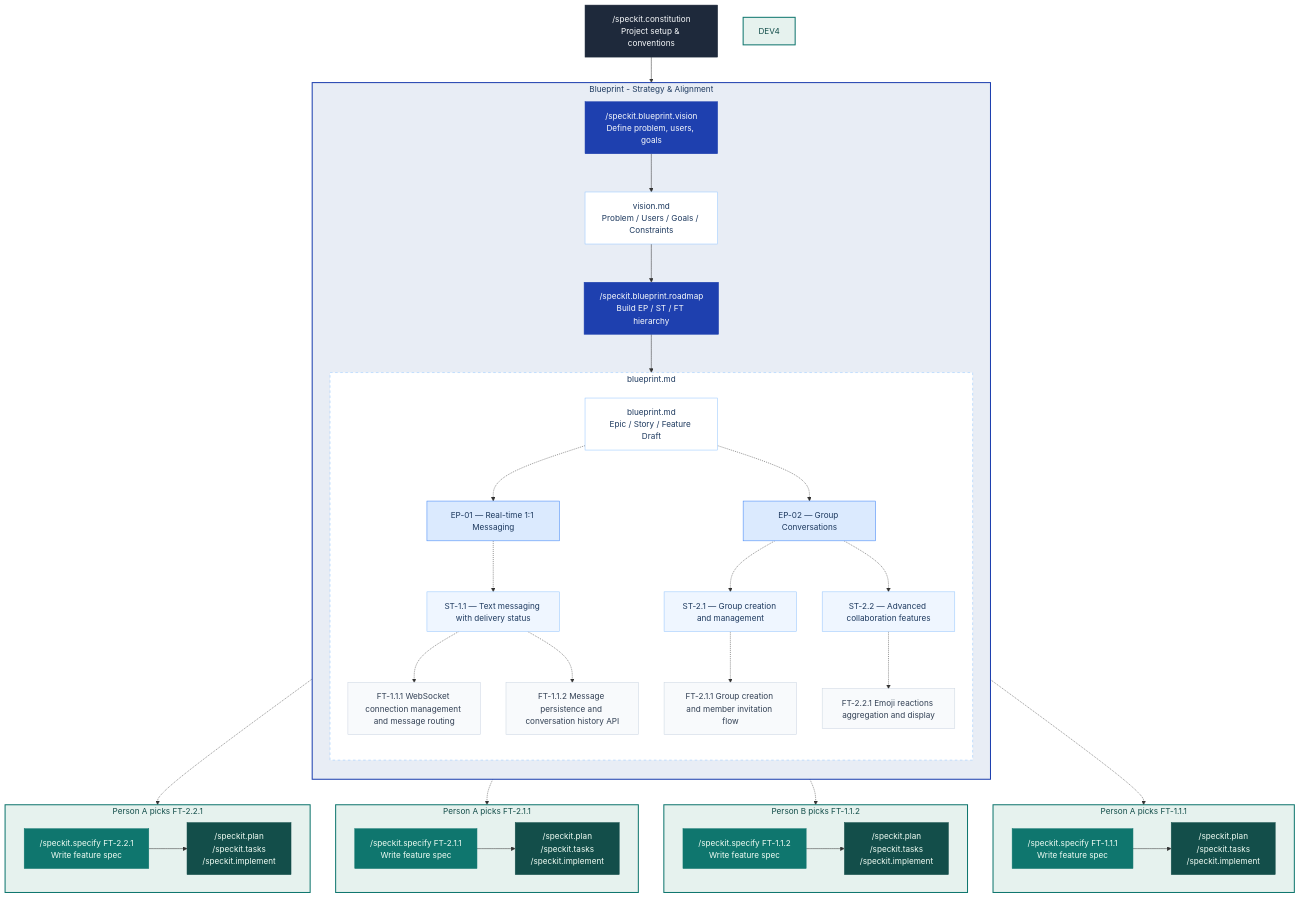
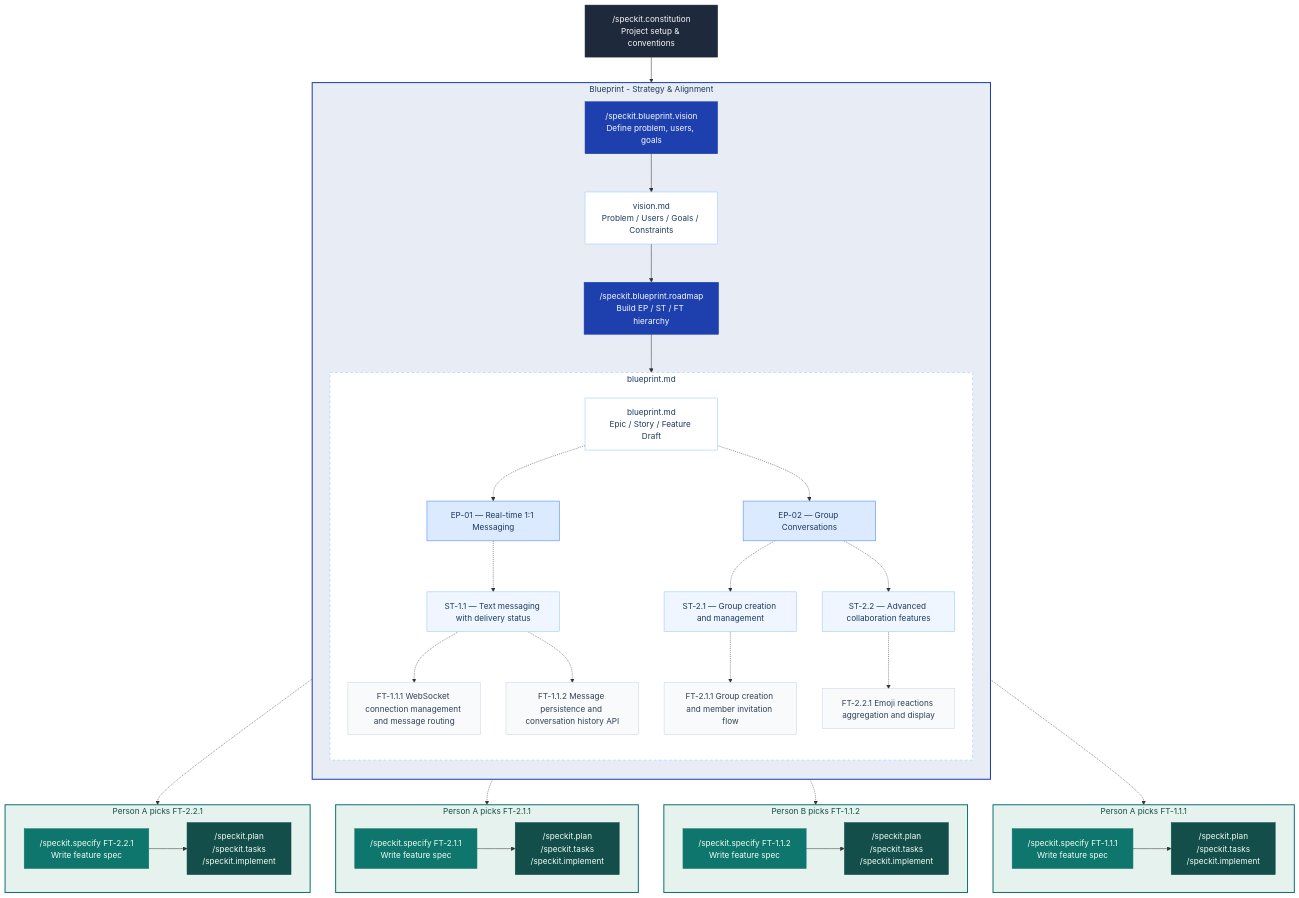
Before and after one commit to jaeryun/spec-kit-blueprint: the diagram in README.md, drawn with Mermaid.

Commit message:
docs: remove unused DEV4 style definition

````diff
--- a/README.md
+++ b/README.md
@@ -22,80 +22,79 @@
 ```mermaid
 flowchart TD
     A["/speckit.constitution<br/>Project setup & conventions"] --> B["/speckit.blueprint.vision<br/>Define problem, users, goals"]
 
     subgraph BP ["Blueprint - Strategy & Alignment"]
         direction TB
         B --> V["vision.md<br/>Problem / Users / Goals / Constraints"]
         V --> C["/speckit.blueprint.roadmap<br/>Build EP / ST / FT hierarchy"]
         C --> R["blueprint.md<br/>Epic / Story / Feature Draft"]
 
         subgraph HIER ["blueprint.md"]
             direction TB
             R -.-> EP1["EP-01 — Real-time 1:1 Messaging"]
             EP1 -.-> ST1["ST-1.1 — Text messaging with delivery status"]
             ST1 -.-> FT_1_1_1["FT-1.1.1 WebSocket connection management and message routing"]
             ST1 -.-> FT_1_1_2["FT-1.1.2 Message persistence and conversation history API"]
 
             R -.-> EP2["EP-02 — Group Conversations"]
             EP2 -.-> ST2["ST-2.1 — Group creation and management"]
             ST2 -.-> FT_2_1_1["FT-2.1.1 Group creation and member invitation flow"]
             EP2 -.-> ST3["ST-2.2 — Advanced collaboration features"]
             ST3 -.-> FT_2_2_1["FT-2.2.1 Emoji reactions aggregation and display"]
         end
     end
 
     subgraph DEV1 ["Person A picks FT-1.1.1"]
         direction LR
         S_1_1_1["/speckit.specify FT-1.1.1<br/>Write feature spec"] --> N_1_1_1["/speckit.plan<br/>/speckit.tasks<br/>/speckit.implement"]
     end
 
     subgraph DEV2 ["Person B picks FT-1.1.2"]
         direction LR
         S_1_1_2["/speckit.specify FT-1.1.2<br/>Write feature spec"] --> N_1_1_2["/speckit.plan<br/>/speckit.tasks<br/>/speckit.implement"]
     end
 
     subgraph DEV3 ["Person A picks FT-2.1.1"]
         direction LR
         S_2_1_1["/speckit.specify FT-2.1.1<br/>Write feature spec"] --> N_2_1_1["/speckit.plan<br/>/speckit.tasks<br/>/speckit.implement"]
     end
 
     subgraph DEV5 ["Person A picks FT-2.2.1"]
         direction LR
         S_2_2_1["/speckit.specify FT-2.2.1<br/>Write feature spec"] --> N_2_2_1["/speckit.plan<br/>/speckit.tasks<br/>/speckit.implement"]
     end
 
     FT_1_1_1 -.-> S_1_1_1
     FT_1_1_2 -.-> S_1_1_2
     FT_2_1_1 -.-> S_2_1_1
     FT_2_2_1 -.-> S_2_2_1
 
     style BP fill:#e8edf5,stroke:#1e40af,stroke-width:2px,color:#1e3a5f
     style HIER fill:#ffffff,stroke:#93c5fd,stroke-dasharray: 5 5,color:#1e3a5f
     style DEV1 fill:#e6f2ee,stroke:#0f766e,stroke-width:2px,color:#134e4a
     style DEV2 fill:#e6f2ee,stroke:#0f766e,stroke-width:2px,color:#134e4a
     style DEV3 fill:#e6f2ee,stroke:#0f766e,stroke-width:2px,color:#134e4a
-    style DEV4 fill:#e6f2ee,stroke:#0f766e,stroke-width:2px,color:#134e4a
     style DEV5 fill:#e6f2ee,stroke:#0f766e,stroke-width:2px,color:#134e4a
     style A fill:#1e293b,stroke:#1e293b,color:#f8fafc
     style B fill:#1e40af,stroke:#1e40af,color:#f8fafc
     style C fill:#1e40af,stroke:#1e40af,color:#f8fafc
     style V fill:#ffffff,stroke:#93c5fd,color:#1e3a5f
     style R fill:#ffffff,stroke:#93c5fd,color:#1e3a5f
     style EP1 fill:#dbeafe,stroke:#3b82f6,color:#1e3a5f
     style EP2 fill:#dbeafe,stroke:#3b82f6,color:#1e3a5f
     style ST1 fill:#eff6ff,stroke:#93c5fd,color:#1e3a5f
     style ST2 fill:#eff6ff,stroke:#93c5fd,color:#1e3a5f
     style ST3 fill:#eff6ff,stroke:#93c5fd,color:#1e3a5f
     style FT_1_1_1 fill:#f8fafc,stroke:#cbd5e1,color:#334155
     style FT_1_1_2 fill:#f8fafc,stroke:#cbd5e1,color:#334155
     style FT_2_1_1 fill:#f8fafc,stroke:#cbd5e1,color:#334155
     style FT_2_2_1 fill:#f8fafc,stroke:#cbd5e1,color:#334155
     style S_1_1_1 fill:#0f766e,stroke:#0f766e,color:#f0fdf4
     style S_1_1_2 fill:#0f766e,stroke:#0f766e,color:#f0fdf4
     style S_2_1_1 fill:#0f766e,stroke:#0f766e,color:#f0fdf4
     style S_2_2_1 fill:#0f766e,stroke:#0f766e,color:#f0fdf4
     style N_1_1_1 fill:#134e4a,stroke:#134e4a,color:#f0fdf4
     style N_1_1_2 fill:#134e4a,stroke:#134e4a,color:#f0fdf4
     style N_2_1_1 fill:#134e4a,stroke:#134e4a,color:#f0fdf4
     style N_2_2_1 fill:#134e4a,stroke:#134e4a,color:#f0fdf4
 ```
````
